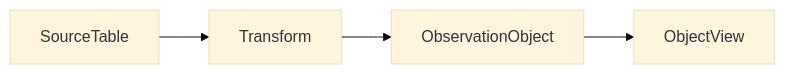
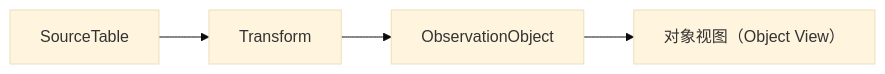
Before and after one commit to rexlin600/ontology_practice: the diagram in days/Day-07.md, drawn with Mermaid (base theme). The commit also changed other lines of this file, not shown here.

````diff
--- a/days/Day-07.md
+++ b/days/Day-07.md
@@ -16,7 +31,7 @@
 ```mermaid
 flowchart LR
   SourceTable["SourceTable"] --> Transform["Transform"]
   Transform["Transform"] --> ObservationObject["ObservationObject"]
-  ObservationObject["ObservationObject"] --> ObjectView["ObjectView"]
+  ObservationObject["ObservationObject"] --> ObjectView["对象视图（Object View）"]
 
 ```
````
